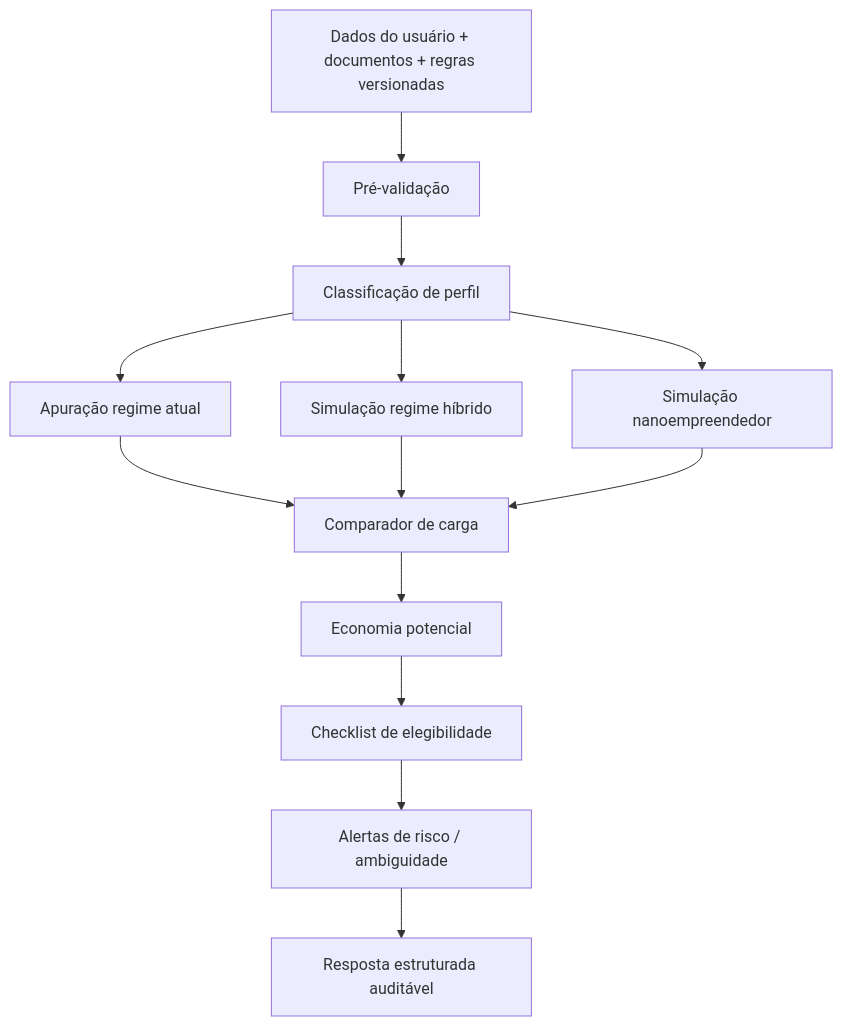
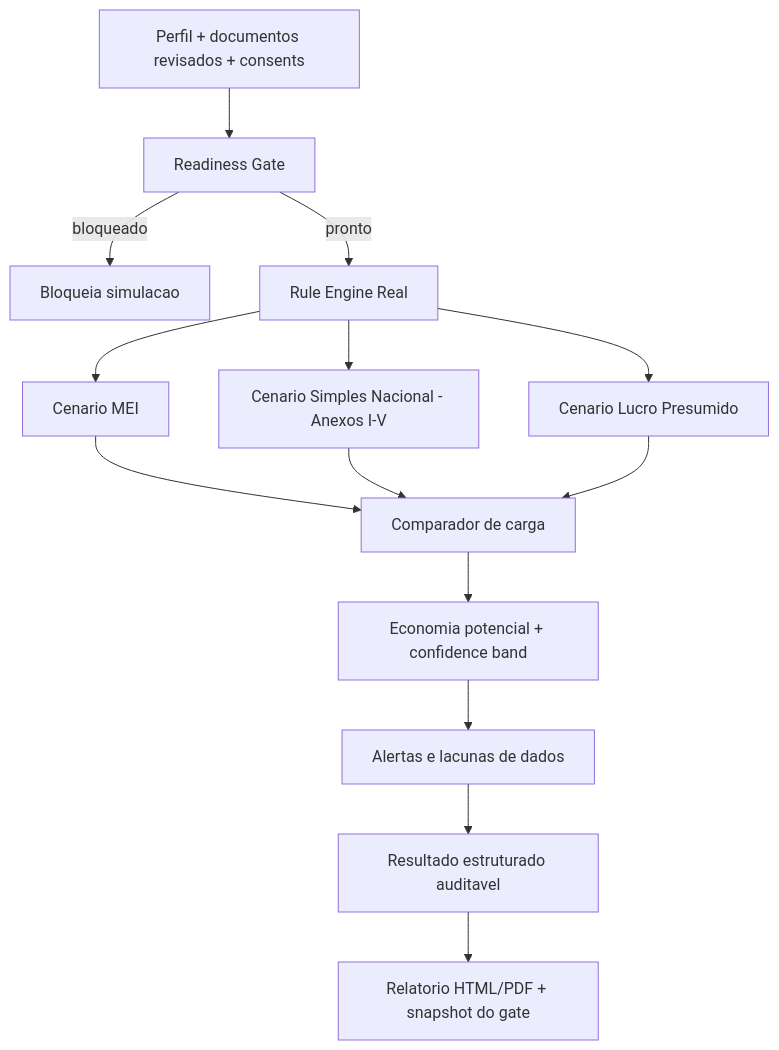
The third of 3 diagrams in ARCHITECTURE.md (eduardotai/economizaia-local), drawn with Mermaid before and after one commit. The commit also changed other lines of this file and 41 other files, not shown here.

First line of the commit message:
feat: real tax engine, accountant export, WebGPU fallback, interactive chat

````diff
--- a/ARCHITECTURE.md
+++ b/ARCHITECTURE.md
@@ -73,15 +77,16 @@
 ```mermaid
 flowchart TD
-    A[Dados do usuário + documentos + regras versionadas] --> B[Pré-validação]
-    B --> C[Classificação de perfil]
-    C --> D[Apuração regime atual]
-    C --> E[Simulação regime híbrido]
-    C --> F[Simulação nanoempreendedor]
-    D --> G[Comparador de carga]
-    E --> G
-    F --> G
-    G --> H[Economia potencial]
-    H --> I[Checklist de elegibilidade]
-    I --> J[Alertas de risco / ambiguidade]
-    J --> K[Resposta estruturada auditável]
+    A[Perfil + documentos revisados + consents] --> RG[Readiness Gate]
+    RG -->|bloqueado| STOP[Bloqueia simulacao]
+    RG -->|pronto| B[Rule Engine Real]
+    B --> C1[Cenario MEI]
+    B --> C2[Cenario Simples Nacional - Anexos I-V]
+    B --> C3[Cenario Lucro Presumido]
+    C1 --> G[Comparador de carga]
+    C2 --> G
+    C3 --> G
+    G --> H[Economia potencial + confidence band]
+    H --> I[Alertas e lacunas de dados]
+    I --> J[Resultado estruturado auditavel]
+    J --> REP[Relatorio HTML/PDF + snapshot do gate]
 ```
````
